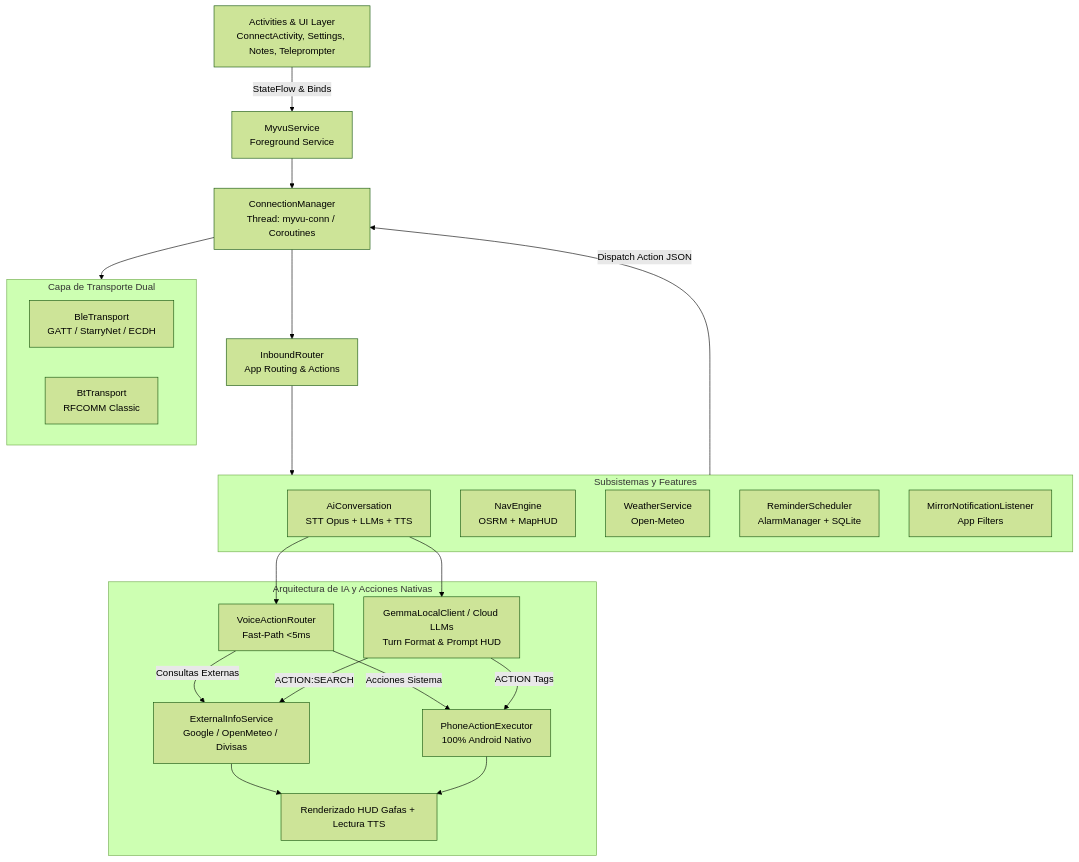
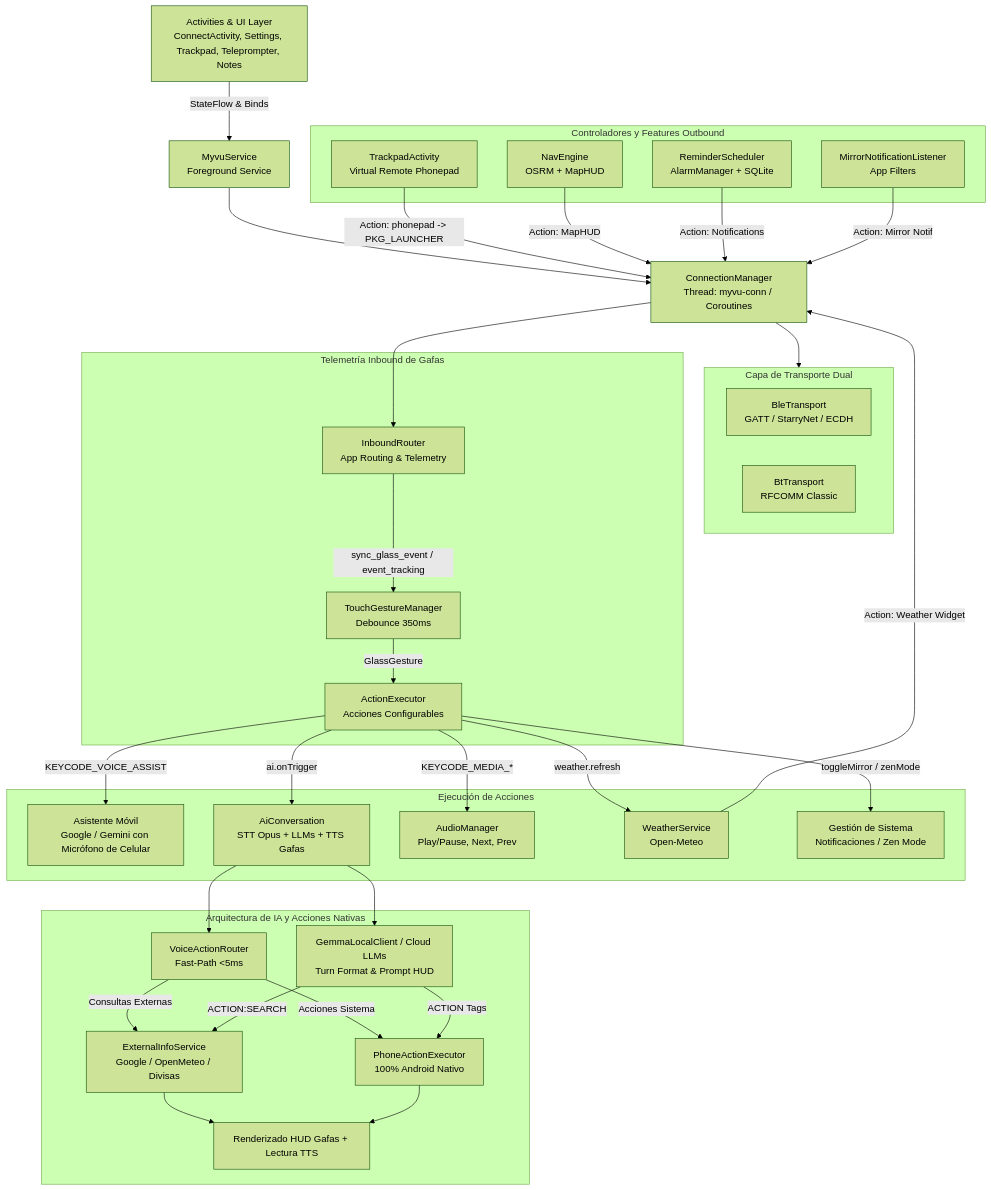
The first of 2 diagrams in android-kotlin/README.md (ralamgstromg/Meizu-Myvu-Client), drawn with Mermaid (forest theme) before and after one commit. The commit also changed other lines of this file and 1 other file, not shown here.

Commit message:
docs: document temple gesture mapping, Google/Gemini phone assistant trigger and virtual trackpad

````diff
--- a/android-kotlin/README.md
+++ b/android-kotlin/README.md
@@ -9,35 +9,50 @@
 ```mermaid
 graph TD
-    UI[Activities & UI Layer\nConnectActivity, Settings, Notes, Teleprompter] -->|StateFlow & Binds| Svc[MyvuService\nForeground Service]
+    UI[Activities & UI Layer\nConnectActivity, Settings, Trackpad, Teleprompter, Notes] -->|StateFlow & Binds| Svc[MyvuService\nForeground Service]
     Svc --> CM[ConnectionManager\nThread: myvu-conn / Coroutines]
     
     subgraph Transports [Capa de Transporte Dual]
         BLE[BleTransport\nGATT / StarryNet / ECDH]
         BT[BtTransport\nRFCOMM Classic]
     end
     
     CM --> Transports
-    CM --> InRouter[InboundRouter\nApp Routing & Actions]
+    CM --> InRouter[InboundRouter\nApp Routing & Telemetry]
     
-    subgraph Subsystems [Subsistemas y Features]
-        AI[AiConversation\nSTT Opus + LLMs + TTS]
+    subgraph Inbound_Telemetry [Telemetría Inbound de Gafas]
+        InRouter -->|sync_glass_event / event_tracking| TGM[TouchGestureManager\nDebounce 350ms]
+        TGM -->|GlassGesture| G_EXEC[ActionExecutor\nAcciones Configurables]
+    end
+    
+    subgraph Gesture_Actions [Ejecución de Acciones]
+        G_EXEC -->|KEYCODE_VOICE_ASSIST| PHONE_AI[Asistente Móvil\nGoogle / Gemini con Micrófono de Celular]
+        G_EXEC -->|ai.onTrigger| AI[AiConversation\nSTT Opus + LLMs + TTS Gafas]
+        G_EXEC -->|KEYCODE_MEDIA_*| MEDIA[AudioManager\nPlay/Pause, Next, Prev]
+        G_EXEC -->|weather.refresh| Weather[WeatherService\nOpen-Meteo]
+        G_EXEC -->|toggleMirror / zenMode| SYS_ACT[Gestión de Sistema\nNotificaciones / Zen Mode]
+    end
+
+    subgraph Outbound_Controllers [Controladores y Features Outbound]
         Nav[NavEngine\nOSRM + MapHUD]
-        Weather[WeatherService\nOpen-Meteo]
         Reminders[ReminderScheduler\nAlarmManager + SQLite]
         Notifs[MirrorNotificationListener\nApp Filters]
+        TP[TrackpadActivity\nVirtual Remote Phonepad]
     end
     
-    InRouter --> Subsystems
-    Subsystems -->|Dispatch Action JSON| CM
+    TP -->|Action: phonepad -> PKG_LAUNCHER| CM
+    Nav -->|Action: MapHUD| CM
+    Weather -->|Action: Weather Widget| CM
+    Reminders -->|Action: Notifications| CM
+    Notifs -->|Action: Mirror Notif| CM
 
     subgraph AI_Core [Arquitectura de IA y Acciones Nativas]
         AI --> VAR[VoiceActionRouter\nFast-Path <5ms]
         AI --> LLM_ENG[GemmaLocalClient / Cloud LLMs\nTurn Format & Prompt HUD]
         VAR -->|Consultas Externas| EXT[ExternalInfoService\nGoogle / OpenMeteo / Divisas]
         VAR -->|Acciones Sistema| PAE[PhoneActionExecutor\n100% Android Nativo]
         LLM_ENG -->|ACTION Tags| PAE
         LLM_ENG -->|ACTION:SEARCH| EXT
         EXT --> HUD_OUT[Renderizado HUD Gafas + Lectura TTS]
         PAE --> HUD_OUT
     end
 ```
````
